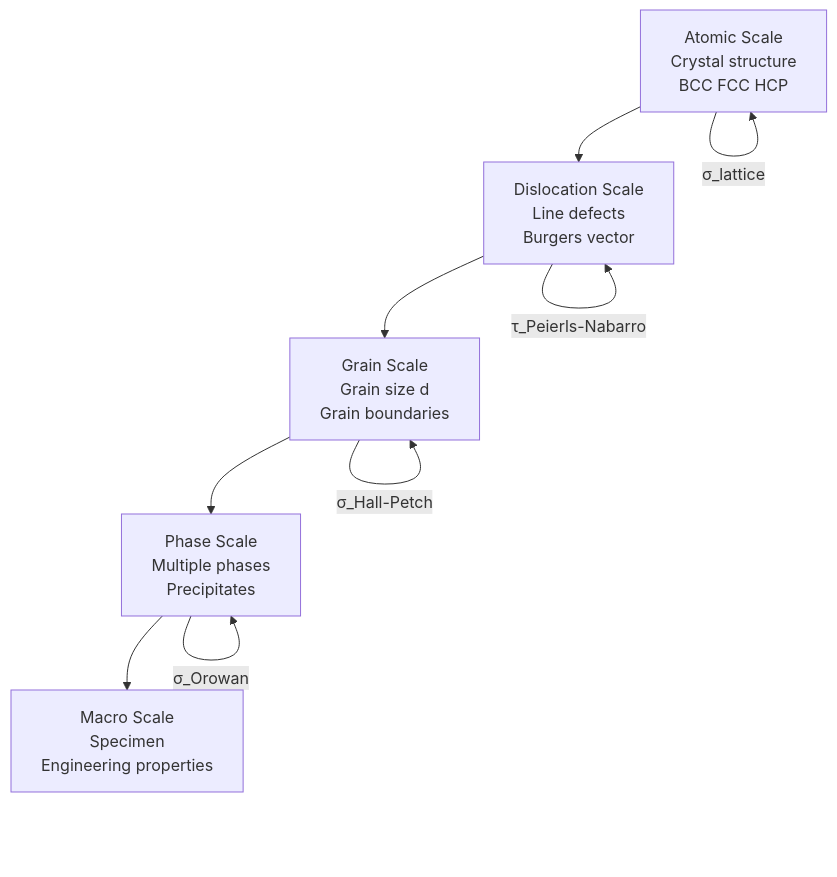
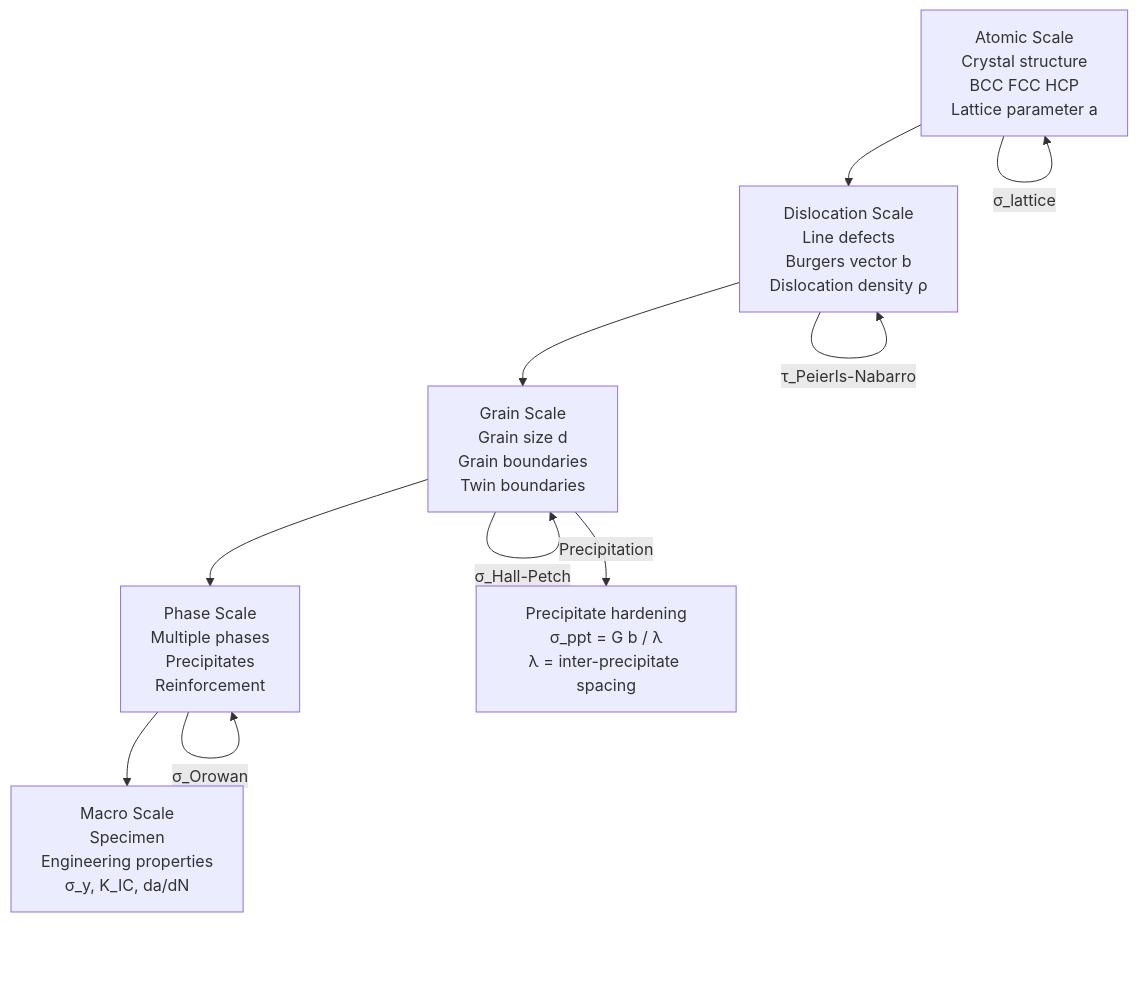
Before and after one commit to yip-lgtm/civil-bootcamp: the second of 5 diagrams in MIT_CEE_Core/Track_2_Mechanics_Materials/Materials/01_1.035_Multiscale_Characterization.md, drawn with Mermaid. The commit also changed other lines of this file and 8 other files, not shown here.

````diff
--- a/MIT_CEE_Core/Track_2_Mechanics_Materials/Materials/01_1.035_Multiscale_Characterization.md
+++ b/MIT_CEE_Core/Track_2_Mechanics_Materials/Materials/01_1.035_Multiscale_Characterization.md
@@ -242,11 +391,12 @@
 ```mermaid
 graph TD
-    A[Atomic Scale<br/>Crystal structure<br/>BCC FCC HCP] --> B[Dislocation Scale<br/>Line defects<br/>Burgers vector]
-    B --> C[Grain Scale<br/>Grain size d<br/>Grain boundaries]
-    C --> D[Phase Scale<br/>Multiple phases<br/>Precipitates]
-    D --> E[Macro Scale<br/>Specimen<br/>Engineering properties]
+    A[Atomic Scale<br/>Crystal structure<br/>BCC FCC HCP<br/>Lattice parameter a] --> B[Dislocation Scale<br/>Line defects<br/>Burgers vector b<br/>Dislocation density ρ]
+    B --> C[Grain Scale<br/>Grain size d<br/>Grain boundaries<br/>Twin boundaries]
+    C --> D[Phase Scale<br/>Multiple phases<br/>Precipitates<br/>Reinforcement]
+    D --> E[Macro Scale<br/>Specimen<br/>Engineering properties<br/>σ_y, K_IC, da/dN]
     A -->|σ_lattice| A
     B -->|τ_Peierls-Nabarro| B
     C -->|σ_Hall-Petch| C
     D -->|σ_Orowan| D
+    C -->|Precipitation| F[Precipitate hardening<br/>σ_ppt = G b / λ<br/>λ = inter-precipitate spacing]
 ```
````
